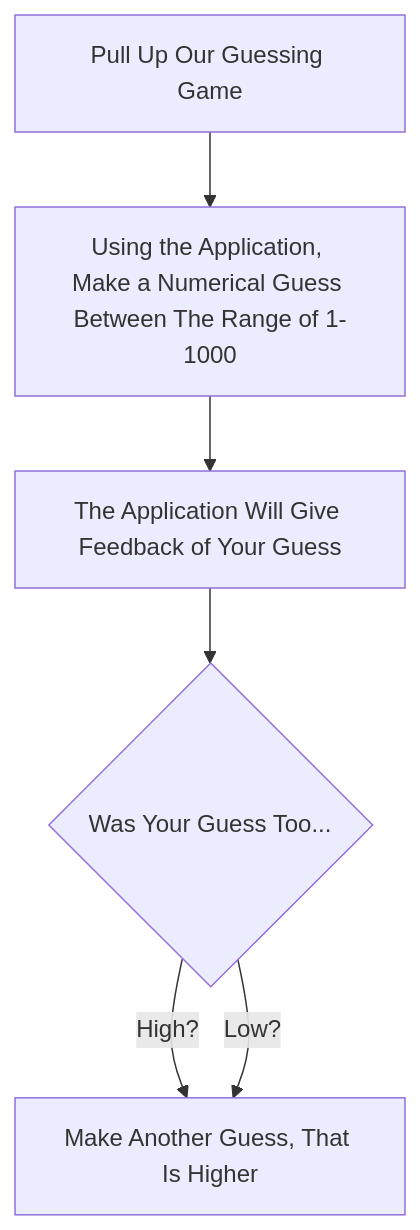
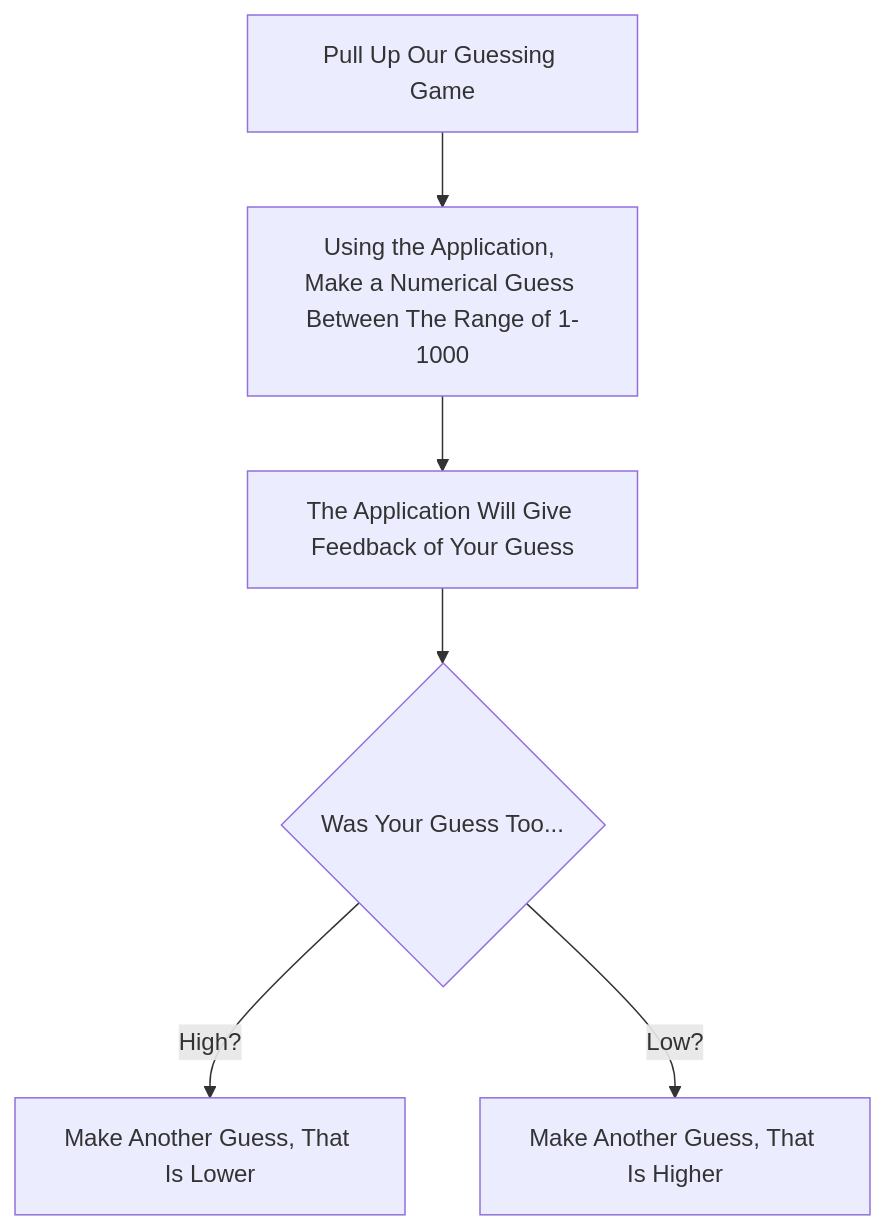
One commit to isagar930/isagar930.github.io changed the diagram in README.md. Above: the diagram before and after it, drawn with Mermaid.

````diff
--- a/README.md
+++ b/README.md
@@ -21,7 +21,7 @@
 ```mermaid
 flowchart TD
 A[Pull Up Our Guessing Game] --> B[Using the Application, Make a Numerical Guess Between The Range of 1-1000] --> C[The Application Will Give Feedback of Your Guess]
 --> D{Was Your Guess Too...}
 D --> |High?| E[Make Another Guess, That Is Lower]
-D --> |Low?| E[Make Another Guess, That Is Higher]
+D --> |Low?| F[Make Another Guess, That Is Higher]
 ```
````
